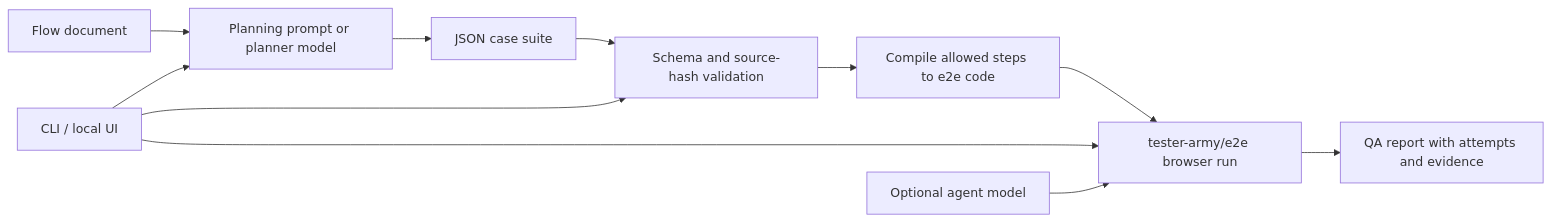
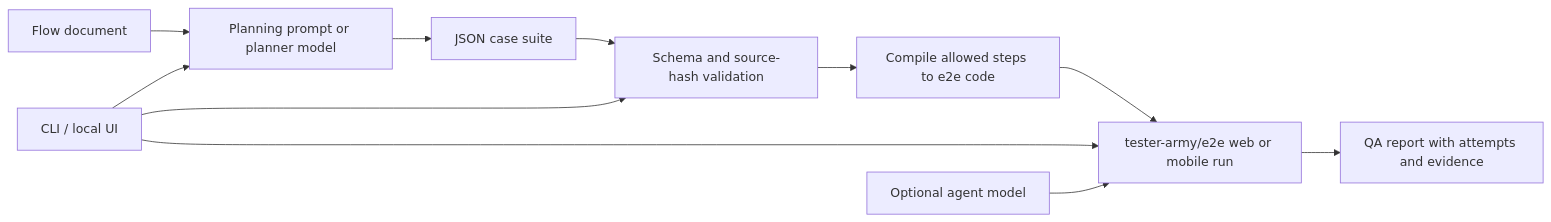
The diagram in docs/architecture.md (hyeonse-swing/flow-qa), drawn with Mermaid before and after one commit. The commit also changed other lines of this file and 33 other files, not shown here.

````diff
--- a/docs/architecture.md
+++ b/docs/architecture.md
@@ -5,13 +5,13 @@
 ```mermaid
 flowchart LR
   A[Flow document] --> B[Planning prompt or planner model]
   B --> C[JSON case suite]
   C --> D[Schema and source-hash validation]
   D --> E[Compile allowed steps to e2e code]
-  E --> F[tester-army/e2e browser run]
+  E --> F[tester-army/e2e web or mobile run]
   F --> G[QA report with attempts and evidence]
   H[CLI / local UI] --> B
   H --> D
   H --> F
   I[Optional agent model] --> F
 ```
````
